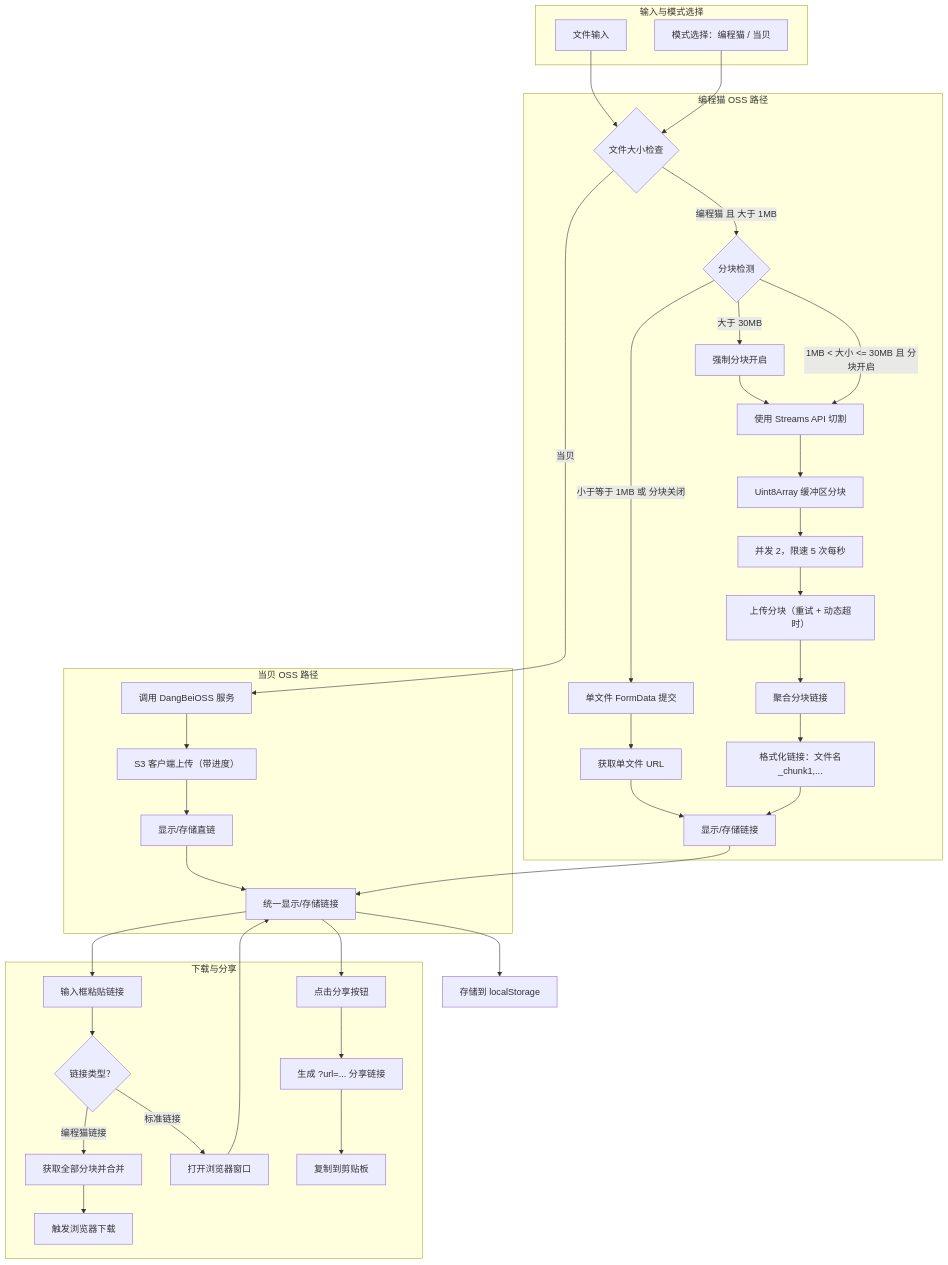
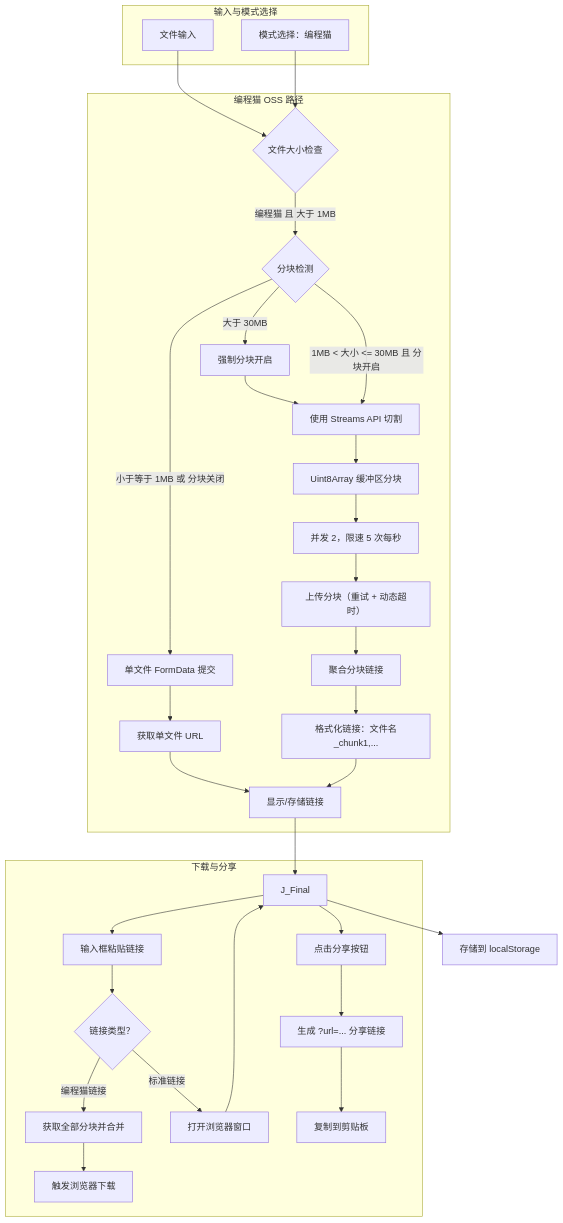
Before and after one commit to CJackHwang/Chunkuposs: the diagram in README_CN.md, drawn with Mermaid. The commit also changed other lines of this file and 12 other files, not shown here.

````diff
--- a/README_CN.md
+++ b/README_CN.md
@@ -113,51 +119,46 @@
 ```mermaid
 flowchart TD
     %% 输入与模式选择
     subgraph "输入与模式选择"
         A[文件输入]
-        M[模式选择：编程猫 / 当贝]
+    M[模式选择：编程猫]
     end
 
     A --> P{文件大小检查}
     M --> P
 
     %% 编程猫 OSS 路径
     subgraph "编程猫 OSS 路径"
         P -->|编程猫 且 大于 1MB| B{分块检测}
         B -->|大于 30MB| B_Force[强制分块开启] --> D
         B -->|1MB < 大小 <= 30MB 且 分块开启| D[使用 Streams API 切割]
         B -->|小于等于 1MB 或 分块关闭| C[单文件 FormData 提交]
 
         D --> E[Uint8Array 缓冲区分块]
         E --> F[并发 2，限速 5 次每秒]
         F --> G[上传分块（重试 + 动态超时）]
         G --> H[聚合分块链接]
         H --> I[格式化链接：文件名_chunk1,...]
         C --> I_Single[获取单文件 URL] --> J_CodeMao[显示/存储链接]
         I --> J_CodeMao
     end
 
-    %% 当贝 OSS 路径
-    subgraph "当贝 OSS 路径"
-        P -->|当贝| K[调用 DangBeiOSS 服务]
-        K --> L[S3 客户端上传（带进度）]
-        L --> J_DangBei[显示/存储直链] --> J_Final[统一显示/存储链接]
-    end
+    %% 当贝 OSS 路径（已废弃） — 已从 UI 移除
 
     %% 合并编程猫路径结果
     J_CodeMao --> J_Final
 
     %% 下载与分享
     subgraph "下载与分享"
         J_Final --> DL_Input[输入框粘贴链接]
         DL_Input --> DL_Check{链接类型？}
         DL_Check -->|编程猫链接| Merge[获取全部分块并合并] --> Save[触发浏览器下载]
         DL_Check -->|标准链接| Open[打开浏览器窗口]
         Open --> J_Final
         J_Final --> Share[点击分享按钮] --> ShareLink[生成 ?url=... 分享链接] --> Clipboard[复制到剪贴板]
     end
 
     J_Final --> Store[存储到 localStorage]
 
 
 ```
````
